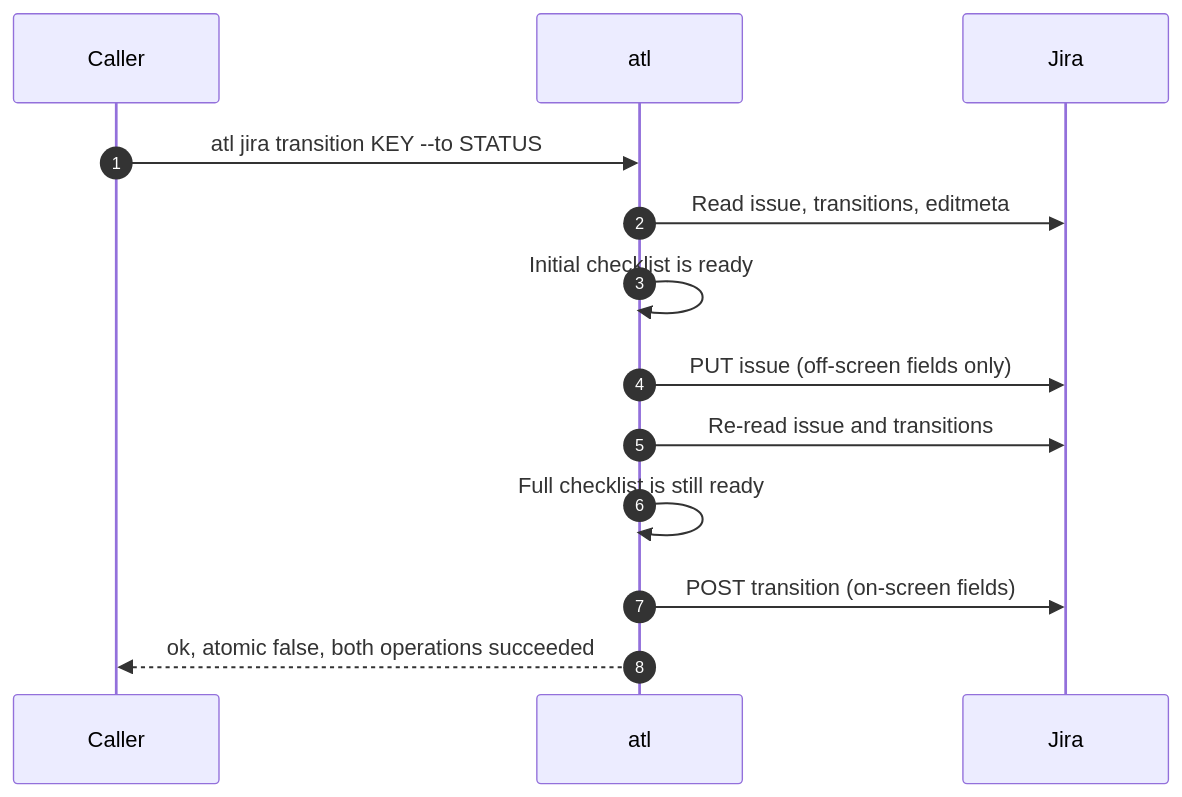
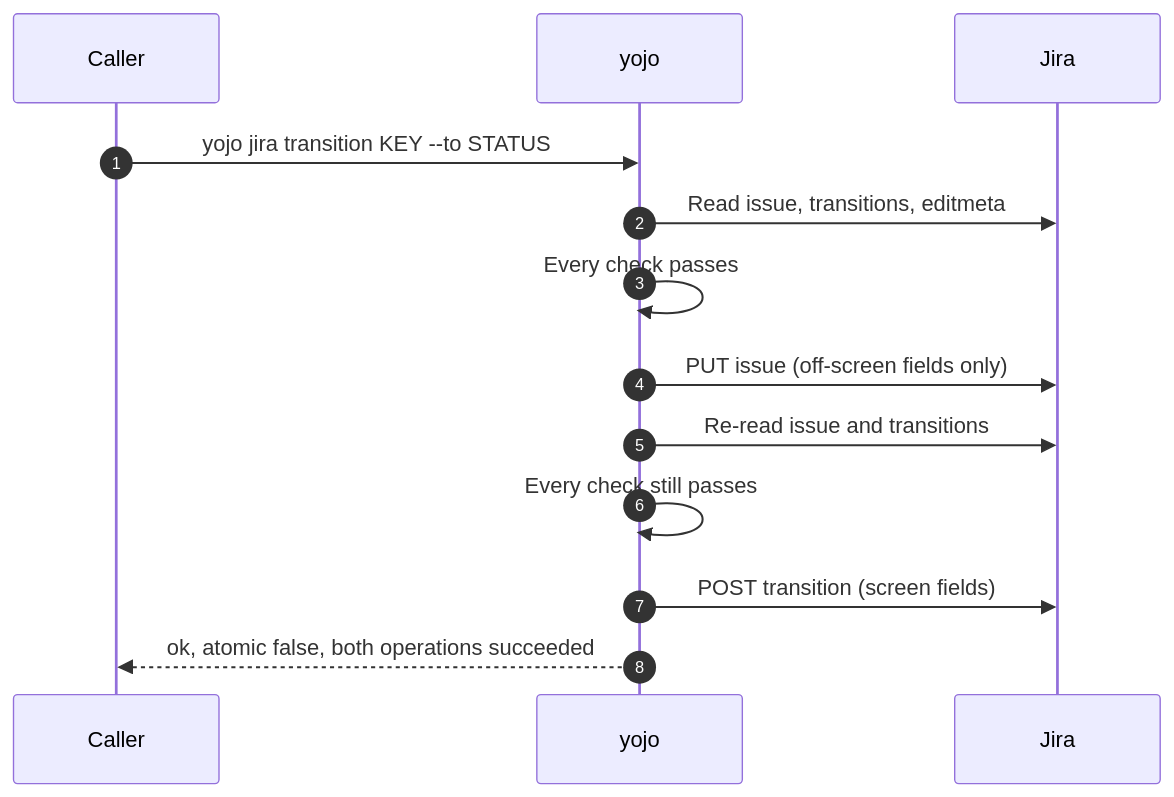
The third of 3 diagrams in docs/guides/jira-workflows.md (calvinware/atlass-cli), drawn with Mermaid before and after one commit. The commit also changed other lines of this file and 80 other files, not shown here.

First line of the commit message:
feat(cli): establish yojo 0.1.0 and generic Jira issue commands (#14)

````diff
--- a/docs/guides/jira-workflows.md
+++ b/docs/guides/jira-workflows.md
@@ -155,15 +156,15 @@
 ```mermaid
 sequenceDiagram
     autonumber
     participant Caller
-    participant atl
+    participant yojo
     participant Jira
-    Caller->>atl: atl jira transition KEY --to STATUS
-    atl->>Jira: Read issue, transitions, editmeta
-    atl->>atl: Initial checklist is ready
-    atl->>Jira: PUT issue (off-screen fields only)
-    atl->>Jira: Re-read issue and transitions
-    atl->>atl: Full checklist is still ready
-    atl->>Jira: POST transition (on-screen fields)
-    atl-->>Caller: ok, atomic false, both operations succeeded
+    Caller->>yojo: yojo jira transition KEY --to STATUS
+    yojo->>Jira: Read issue, transitions, editmeta
+    yojo->>yojo: Every check passes
+    yojo->>Jira: PUT issue (off-screen fields only)
+    yojo->>Jira: Re-read issue and transitions
+    yojo->>yojo: Every check still passes
+    yojo->>Jira: POST transition (screen fields)
+    yojo-->>Caller: ok, atomic false, both operations succeeded
 ```
````
